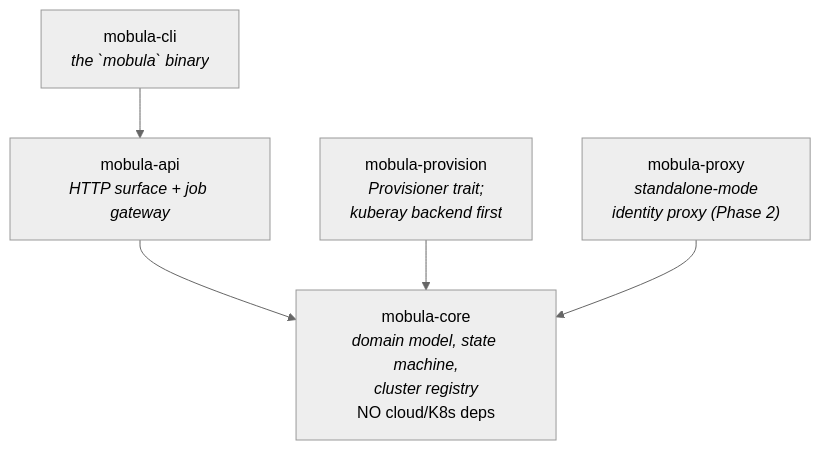
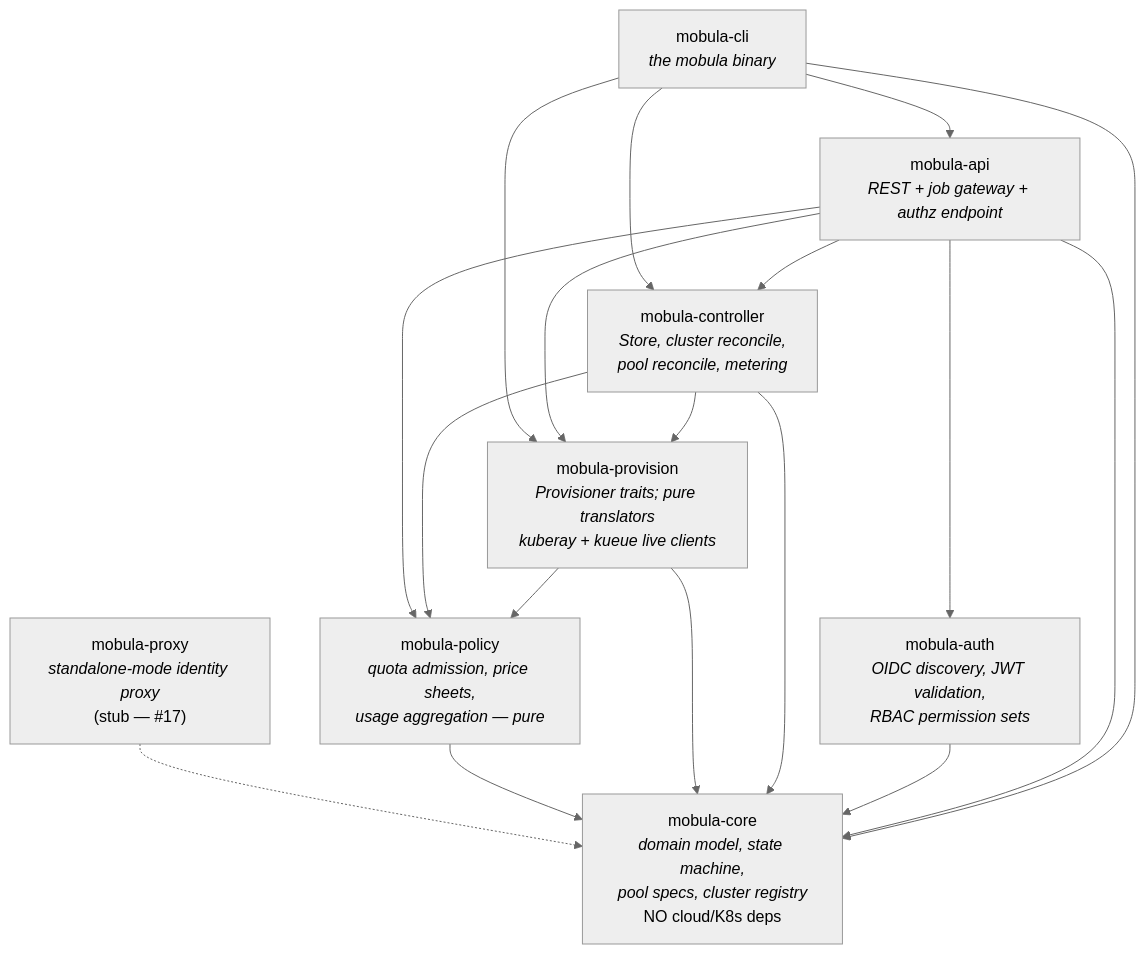
One commit to brandonrc/mobula changed the second of 9 diagrams in docs/ARCHITECTURE.md. Above: the diagram before and after it, drawn with Mermaid (neutral theme). The commit also changed other lines of this file and 2 other files, not shown here.

First line of the commit message:
docs: architecture diagrams for pools, identity, scaling layers, attribution

````diff
--- a/docs/ARCHITECTURE.md
+++ b/docs/ARCHITECTURE.md
@@ -64,8 +68,21 @@
 ```mermaid
 flowchart TD
-    cli["mobula-cli<br/><i>the `mobula` binary</i>"] --> api
-    api["mobula-api<br/><i>HTTP surface + job gateway</i>"] --> core
-    provision["mobula-provision<br/><i>Provisioner trait;<br/>kuberay backend first</i>"] --> core
-    proxy["mobula-proxy<br/><i>standalone-mode<br/>identity proxy (Phase 2)</i>"] --> core
-    core["mobula-core<br/><i>domain model, state machine,<br/>cluster registry</i><br/>NO cloud/K8s deps"]
+    cli["mobula-cli<br/><i>the mobula binary</i>"] --> api
+    cli --> controller
+    cli --> provision
+    api["mobula-api<br/><i>REST + job gateway + authz endpoint</i>"] --> auth
+    api --> controller
+    api --> policy
+    api --> provision
+    controller["mobula-controller<br/><i>Store, cluster reconcile,<br/>pool reconcile, metering</i>"] --> provision
+    controller --> policy
+    provision["mobula-provision<br/><i>Provisioner traits; pure translators<br/>kuberay + kueue live clients</i>"] --> policy
+    proxy["mobula-proxy<br/><i>standalone-mode identity proxy</i><br/>(stub — #17)"] -.-> core
+    policy["mobula-policy<br/><i>quota admission, price sheets,<br/>usage aggregation — pure</i>"] --> core
+    provision --> core
+    controller --> core
+    auth["mobula-auth<br/><i>OIDC discovery, JWT validation,<br/>RBAC permission sets</i>"] --> core
+    api --> core
+    cli --> core
+    core["mobula-core<br/><i>domain model, state machine,<br/>pool specs, cluster registry</i><br/>NO cloud/K8s deps"]
 ```
````
